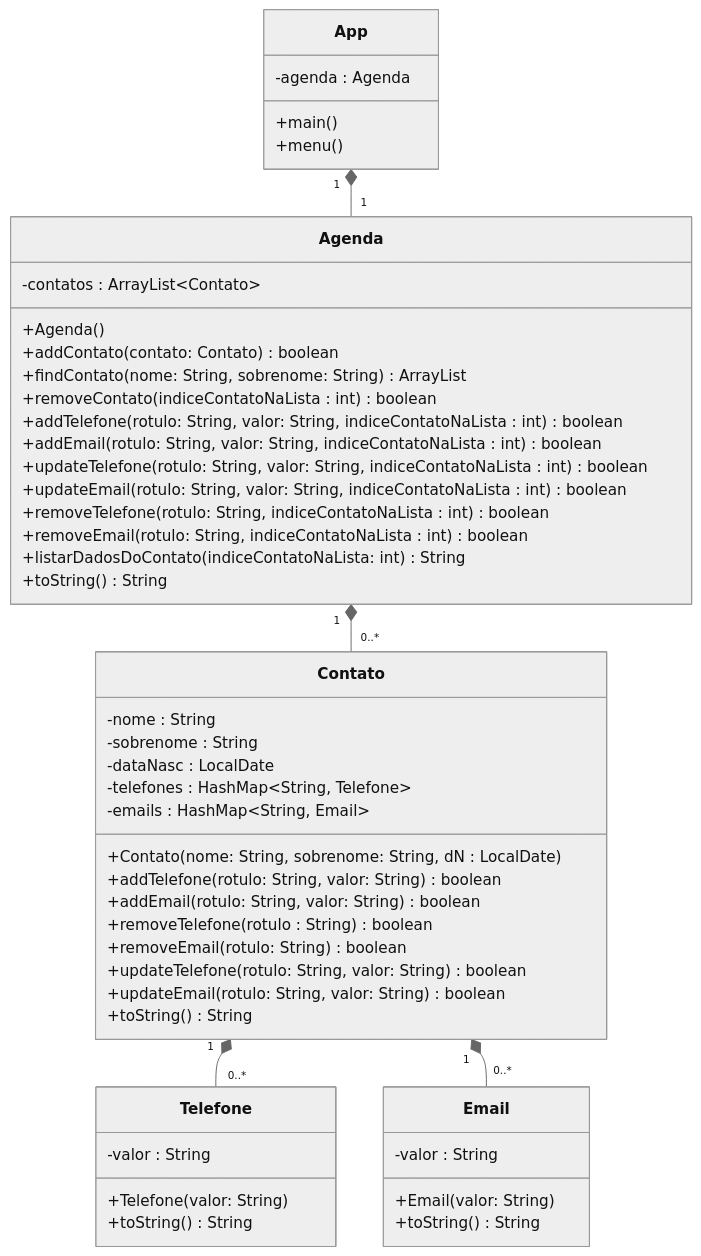
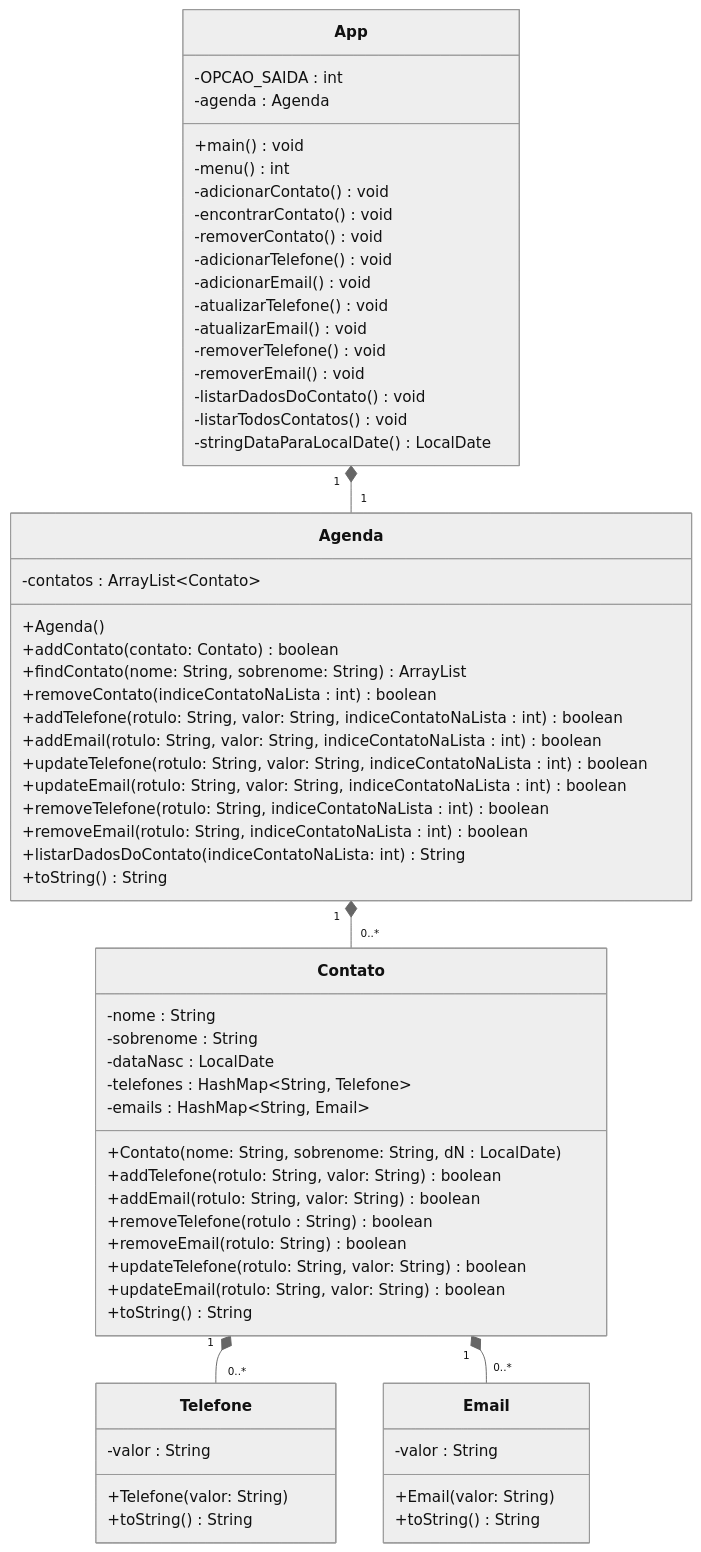
Before and after one commit to LuisEAbreu/poo: the diagram in aulas/2026-10-05/projeto02/README.md, drawn with Mermaid (neutral theme).

Commit message:
Atualiza UML da classe App

````diff
--- a/aulas/2026-10-05/projeto02/README.md
+++ b/aulas/2026-10-05/projeto02/README.md
@@ -17,60 +17,73 @@
 ```mermaid
     classDiagram
         
         class App{
+            -OPCAO_SAIDA : int
             -agenda : Agenda
-            +main()
-            +menu()
+            +main() void
+            -menu() int
+            -adicionarContato() void
+            -encontrarContato() void
+            -removerContato() void
+            -adicionarTelefone() void
+            -adicionarEmail() void
+            -atualizarTelefone() void
+            -atualizarEmail() void
+            -removerTelefone() void
+            -removerEmail() void
+            -listarDadosDoContato() void
+            -listarTodosContatos() void
+            -stringDataParaLocalDate() LocalDate
         }
         
         class Agenda{ 
             -contatos : ArrayList~Contato~
             
             +Agenda()
             +addContato(contato: Contato) boolean
             +findContato(nome: String, sobrenome: String) ArrayList<Contato>
             +removeContato(indiceContatoNaLista : int) boolean
             +addTelefone(rotulo: String, valor: String, indiceContatoNaLista : int) boolean
             +addEmail(rotulo: String, valor: String, indiceContatoNaLista : int) boolean
             +updateTelefone(rotulo: String, valor: String, indiceContatoNaLista : int) boolean
             +updateEmail(rotulo: String, valor: String, indiceContatoNaLista : int) boolean
             +removeTelefone(rotulo: String, indiceContatoNaLista : int) boolean
             +removeEmail(rotulo: String, indiceContatoNaLista : int) boolean
             +listarDadosDoContato(indiceContatoNaLista: int ) String
             +toString() String
         }
         
         class Contato{
             -nome : String
             -sobrenome : String
             -dataNasc : LocalDate
             -telefones : HashMap~String, Telefone~
             -emails : HashMap~String, Email~
 
             +Contato(nome: String, sobrenome: String, dN : LocalDate)
             +addTelefone(rotulo: String, valor: String) boolean
             +addEmail(rotulo: String, valor: String) boolean
             +removeTelefone(rotulo : String) boolean
             +removeEmail(rotulo: String) boolean
             +updateTelefone(rotulo: String, valor: String) boolean
             +updateEmail(rotulo: String, valor: String) boolean
             +toString() String
         }
         
         class Telefone{
             -valor : String
             +Telefone(valor: String)
             +toString() String
         }
 
         class Email{ 
             -valor : String
             +Email(valor: String)
             +toString() String
         }
         
         App "1" *-- "1" Agenda
         Agenda "1" *-- "0..*" Contato
         Contato "1" *-- "0..*" Telefone
         Contato "1" *-- "0..*" Email
 ```
````
